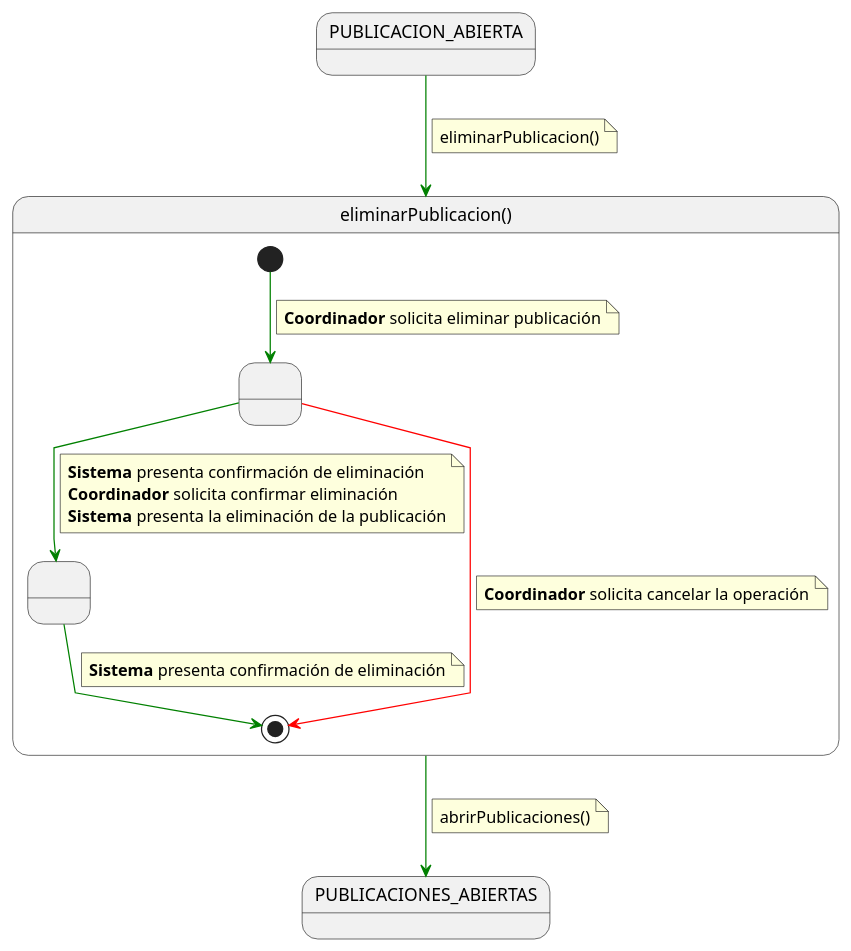
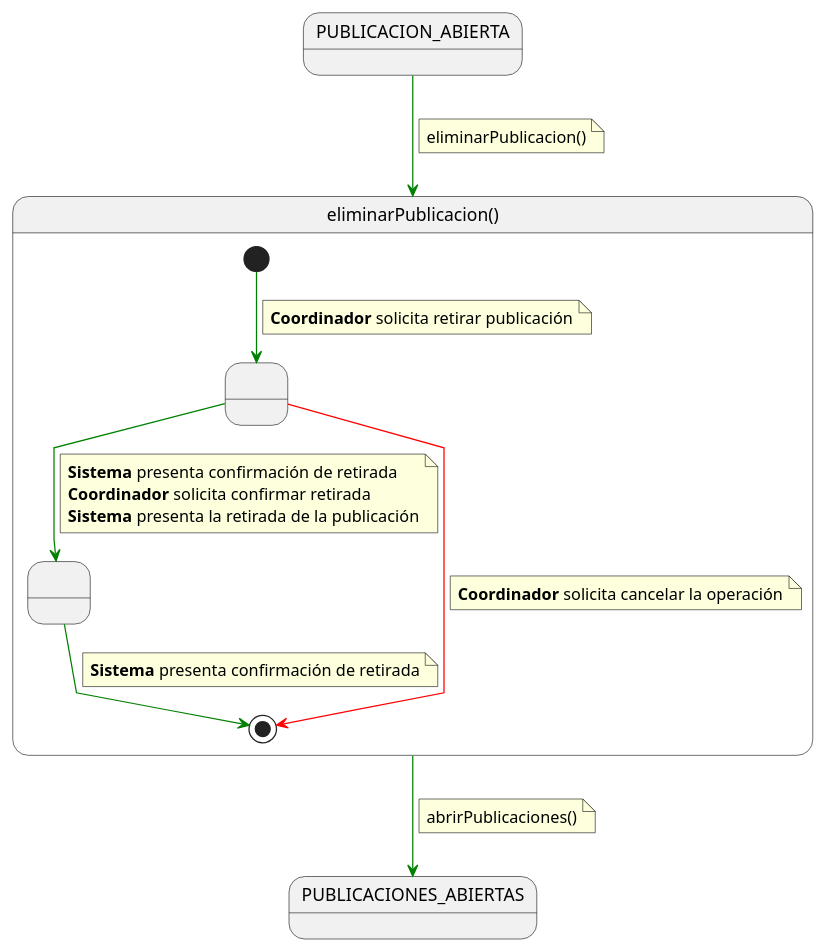
Before and after one commit to beatriizorozco/25-26-idsw2-sdVC: the diagram in RUP/00-casos-uso/02-detalle/coordinador/eliminarPublicacion/especificacion.puml, drawn with PlantUML. The commit also changed 98 other files, not shown here.

```diff
--- a/RUP/00-casos-uso/02-detalle/coordinador/eliminarPublicacion/especificacion.puml
+++ b/RUP/00-casos-uso/02-detalle/coordinador/eliminarPublicacion/especificacion.puml
@@ -1,46 +1,46 @@
 @startuml eliminarPublicacion
 
 skinparam linetype polyline
 
 state in2 as "PUBLICACION_ABIERTA"
 in2 -[#green]-> eliminarPublicacion
 note on link
 eliminarPublicacion()
 end note
 
 state eliminarPublicacion as "eliminarPublicacion()" {
 
-    state " " as ConfirmandoEliminacion
-    state " " as PublicacionEliminada
+    state " " as ConfirmandoRetirada
+    state " " as PublicacionRetirada
 
-    [*] -[#green]-> ConfirmandoEliminacion
+    [*] -[#green]-> ConfirmandoRetirada
     note on link
-    <b>Coordinador</b> solicita eliminar publicación
+    <b>Coordinador</b> solicita retirar publicación
     end note
 
-    ConfirmandoEliminacion -[#green]-> PublicacionEliminada
+    ConfirmandoRetirada -[#green]-> PublicacionRetirada
     note on link
-    <b>Sistema</b> presenta confirmación de eliminación
-    <b>Coordinador</b> solicita confirmar eliminación
-    <b>Sistema</b> presenta la eliminación de la publicación
+    <b>Sistema</b> presenta confirmación de retirada
+    <b>Coordinador</b> solicita confirmar retirada
+    <b>Sistema</b> presenta la retirada de la publicación
     end note
 
-    ConfirmandoEliminacion -[#red]-> [*]
+    ConfirmandoRetirada -[#red]-> [*]
     note on link
     <b>Coordinador</b> solicita cancelar la operación
     end note
 
-    PublicacionEliminada -[#green]-> [*]
+    PublicacionRetirada -[#green]-> [*]
     note on link
-    <b>Sistema</b> presenta confirmación de eliminación
+    <b>Sistema</b> presenta confirmación de retirada
     end note
 }
 
 
 
 eliminarPublicacion -[#green]-> PUBLICACIONES_ABIERTAS
 note on link
 abrirPublicaciones()
 end note
 
 @enduml
```
